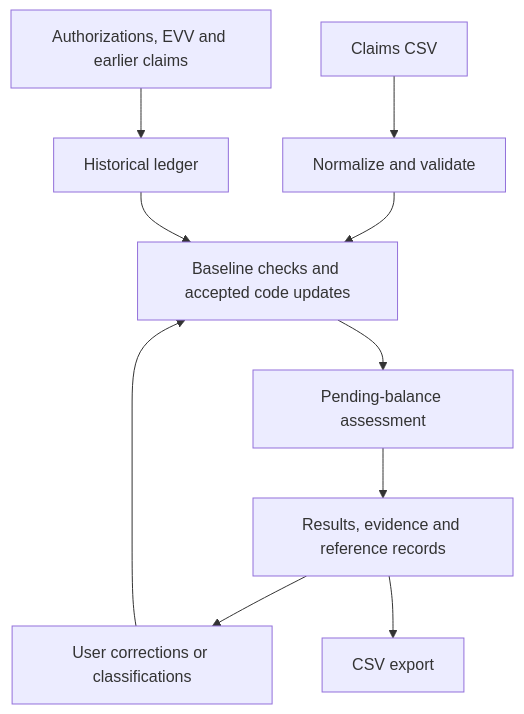
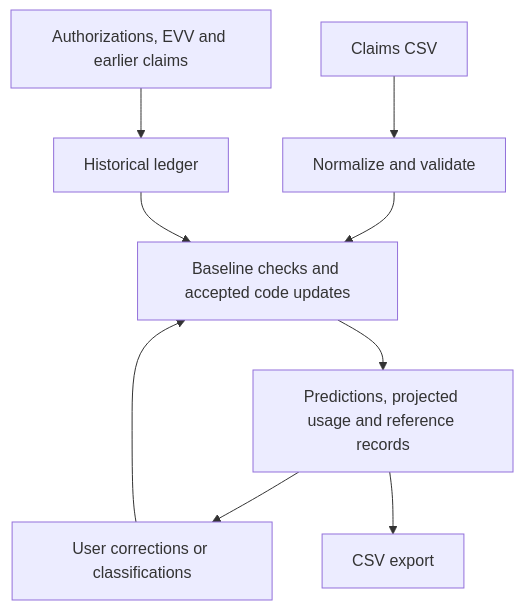
Before and after one commit to aybao/resonance: the first of 2 diagrams in documentation.md, drawn with Mermaid. The commit also changed other lines of this file and 32 other files, not shown here.

Commit message:
Replace claim review outcomes with provisional payment predictions

````diff
--- a/documentation.md
+++ b/documentation.md
@@ -36,12 +36,11 @@
 ```mermaid
 flowchart TD
     CSV[Claims CSV] --> Normalize[Normalize and validate]
     Refs[Authorizations, EVV and earlier claims] --> Ledger[Historical ledger]
     Normalize --> Check[Baseline checks and accepted code updates]
     Ledger --> Check
-    Check --> Review[Pending-balance assessment]
-    Review --> Results[Results, evidence and reference records]
+    Check --> Results[Predictions, projected usage and reference records]
     Results --> Edits[User corrections or classifications]
     Edits --> Check
     Results --> Export[CSV export]
 ```
````
